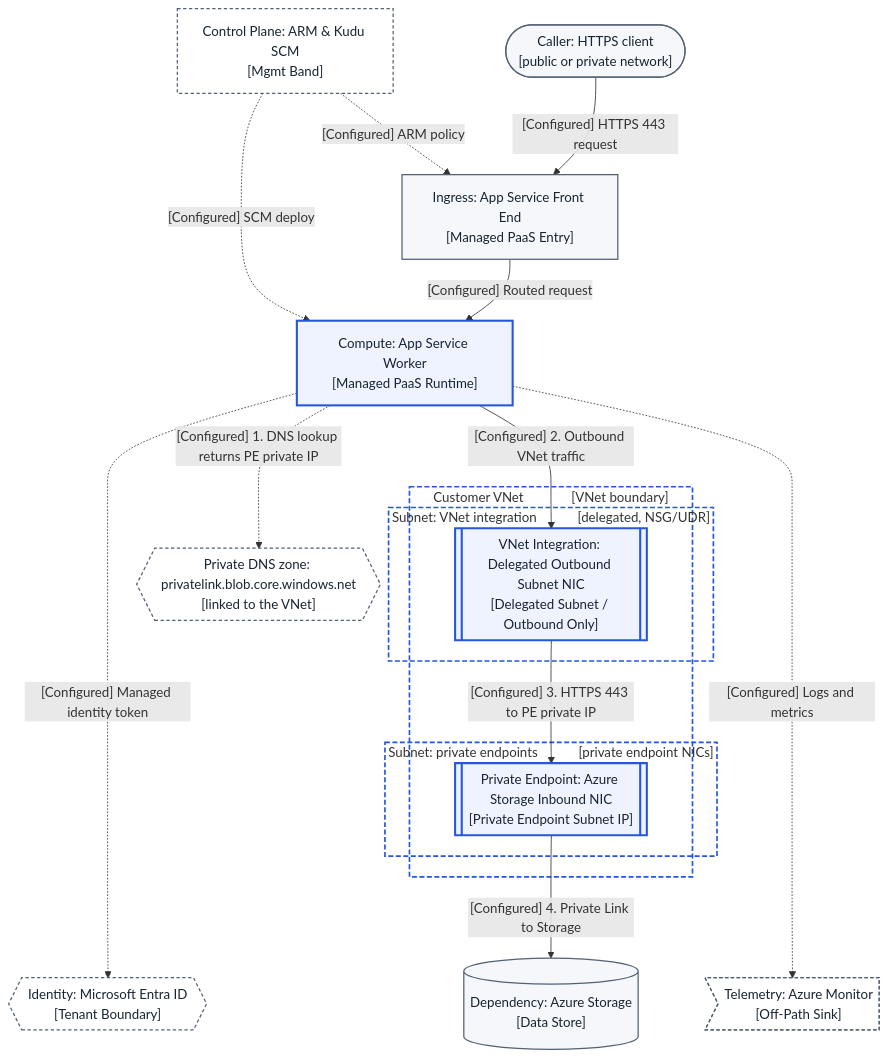
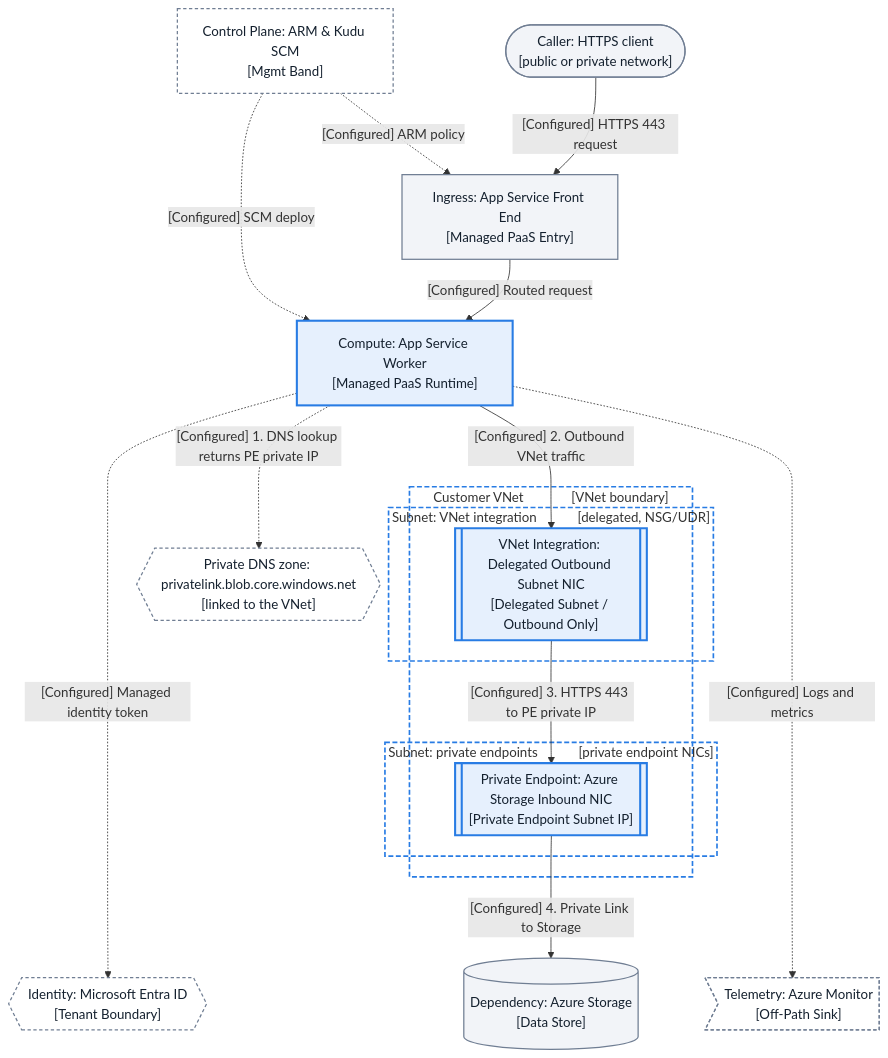
The third of 6 diagrams in docs/reference/diagram-topology-grammar.md (yeongseon/azure-app-service-practical-guide), drawn with Mermaid before and after one commit. The commit also changed other lines of this file and 1 other file, not shown here.

First line of the commit message:
docs(diagrams): make the topology grammar self-contained and correct its egress vocabulary

````diff
--- a/docs/reference/diagram-topology-grammar.md
+++ b/docs/reference/diagram-topology-grammar.md
@@ -218,39 +219,39 @@
 ```mermaid
 flowchart TD
     accTitle: App Service Regional VNet Integration Egress Extension (Grammar v1)
     accDescr: Extends the baseline topology with outbound regional VNet integration in a delegated subnet, a separate private-endpoint subnet for Azure Storage inside the customer VNet, and a linked Private DNS zone outside the VNet.
     control_plane["Control Plane: ARM & Kudu SCM<br/>[Mgmt Band]"]
     client(["Caller: HTTPS client<br/>[public or private network]"])
     ingress["Ingress: App Service Front End<br/>[Managed PaaS Entry]"]
     app_runtime["Compute: App Service Worker<br/>[Managed PaaS Runtime]"]
     identity{{"Identity: Microsoft Entra ID<br/>[Tenant Boundary]"}}
     storage_db[("Dependency: Azure Storage<br/>[Data Store]")]
     telemetry>"Telemetry: Azure Monitor<br/>[Off-Path Sink]"]
     dns_out{{"Private DNS zone: privatelink.blob.core.windows.net<br/>[linked to the VNet]"}}
     subgraph vnet_out["Customer VNet &nbsp;&nbsp;&nbsp;&nbsp;&nbsp;&nbsp;&nbsp;&nbsp;&nbsp;&nbsp;&nbsp;&nbsp; [VNet boundary]"]
         subgraph subnet_int["Subnet: VNet integration &nbsp;&nbsp;&nbsp;&nbsp;&nbsp;&nbsp;&nbsp;&nbsp;&nbsp;&nbsp; [delegated, NSG/UDR]"]
             vnet_integration[["VNet Integration: Delegated Outbound Subnet NIC<br/>[Delegated Subnet / Outbound Only]"]]
         end
         subgraph subnet_pe_out["Subnet: private endpoints &nbsp;&nbsp;&nbsp;&nbsp;&nbsp;&nbsp;&nbsp;&nbsp;&nbsp;&nbsp; [private endpoint NICs]"]
             pe_storage[["Private Endpoint: Azure Storage Inbound NIC<br/>[Private Endpoint Subnet IP]"]]
         end
     end
     control_plane -.->|"[Configured] ARM policy"| ingress
     control_plane -.->|"[Configured] SCM deploy"| app_runtime
     client -->|"[Configured] HTTPS 443 request"| ingress
     ingress -->|"[Configured] Routed request"| app_runtime
     app_runtime -...->|"[Configured] Managed identity token"| identity
     app_runtime -.->|"[Configured] 1. DNS lookup returns PE private IP"| dns_out
     app_runtime -->|"[Configured] 2. Outbound VNet traffic"| vnet_integration
     vnet_integration -->|"[Configured] 3. HTTPS 443 to PE private IP"| pe_storage
     pe_storage -->|"[Configured] 4. Private Link to Storage"| storage_db
     app_runtime -...->|"[Configured] Logs and metrics"| telemetry
-    classDef baseNeutral fill:#f5f7fa,stroke:#526174,stroke-width:1.5px,color:#172432;
-    classDef focusActive fill:#eff3ff,stroke:#2456df,stroke-width:2.5px,color:#172432;
-    classDef bandMuted fill:#ffffff,stroke:#526174,stroke-width:1.5px,stroke-dasharray:4 3,color:#172432;
-    classDef netBox fill:transparent,stroke:#2456df,stroke-width:2px,stroke-dasharray:6 3;
+    classDef baseNeutral fill:#f2f4f8,stroke:#707e93,stroke-width:1.5px,color:#14202e;
+    classDef focusActive fill:#e6f0fd,stroke:#287ce4,stroke-width:2.5px,color:#14202e;
+    classDef bandMuted fill:#ffffff,stroke:#707e93,stroke-width:1.5px,stroke-dasharray:4 3,color:#14202e;
+    classDef netBox fill:transparent,stroke:#287ce4,stroke-width:2px,stroke-dasharray:6 3;
     class client,ingress,storage_db baseNeutral;
     class app_runtime,vnet_integration,pe_storage focusActive;
     class control_plane,identity,telemetry,dns_out bandMuted;
     class vnet_out,subnet_int,subnet_pe_out netBox;
 ```
````
